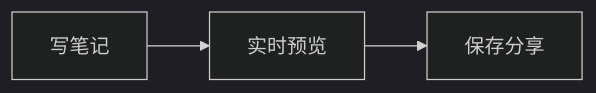
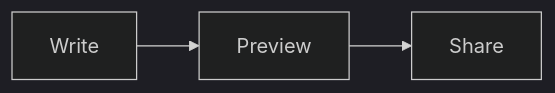
The diagram in feature/markdown-edit/src/main/res/raw/markdown_readme.md (wangzhishou/OneBox), drawn with Mermaid (dark theme) before and after one commit. The commit also changed other lines of this file and 44 other files, not shown here.

````diff
--- a/feature/markdown-edit/src/main/res/raw/markdown_readme.md
+++ b/feature/markdown-edit/src/main/res/raw/markdown_readme.md
@@ -65,5 +65,5 @@
 ```mermaid
 flowchart LR
-    A[写笔记] --> B[实时预览]
-    B --> C[保存分享]
+    A[Write] --> B[Preview]
+    B --> C[Share]
 ```
````
